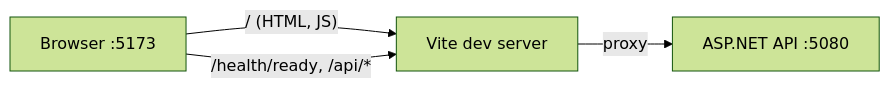
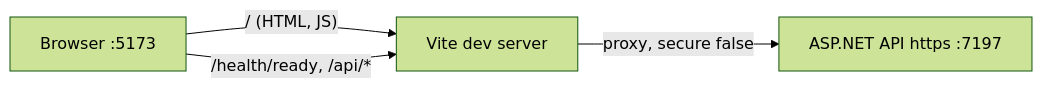
One commit to youssef623/tutoring-centre changed the diagram in docs/file-explanations/frontend/vite.config.ts.md. Above: the diagram before and after it, drawn with Mermaid (forest theme). The commit also changed other lines of this file and 265 other files, not shown here.

````diff
--- a/docs/file-explanations/frontend/vite.config.ts.md
+++ b/docs/file-explanations/frontend/vite.config.ts.md
@@ -64,6 +84,6 @@
 ```mermaid
 flowchart LR
     B["Browser :5173"] -->|"/ (HTML, JS)"| V["Vite dev server"]
     B -->|"/health/ready, /api/*"| V
-    V -->|"proxy"| A["ASP.NET API :5080"]
+    V -->|"proxy, secure false"| A["ASP.NET API https :7197"]
 ```
````
